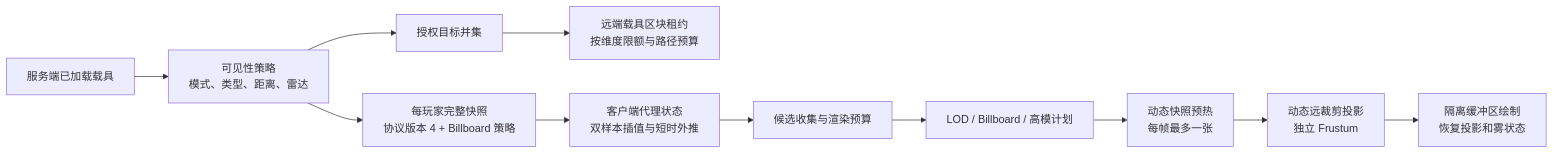
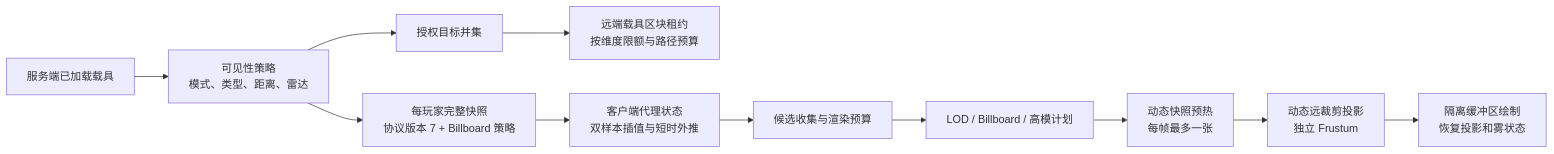
Before and after one commit to TV90/limitless-vehicle-rvp-addon: the diagram in docs/RVP载具渲染/RVP_载具实体超远距离渲染技术文档与调参指南_20260818.md, drawn with Mermaid. The commit also changed other lines of this file and 12 other files, not shown here.

````diff
--- a/docs/RVP载具渲染/RVP_载具实体超远距离渲染技术文档与调参指南_20260818.md
+++ b/docs/RVP载具渲染/RVP_载具实体超远距离渲染技术文档与调参指南_20260818.md
@@ -82,13 +93,13 @@
 ```mermaid
 flowchart LR
     A["服务端已加载载具"] --> B["可见性策略\n模式、类型、距离、雷达"]
-    B --> C["每玩家完整快照\n协议版本 4 + Billboard 策略"]
+    B --> C["每玩家完整快照\n协议版本 7 + Billboard 策略"]
     B --> D["授权目标并集"]
     D --> E["远端载具区块租约\n按维度限额与路径预算"]
     C --> F["客户端代理状态\n双样本插值与短时外推"]
     F --> G["候选收集与渲染预算"]
     G --> H["LOD / Billboard / 高模计划"]
     H --> I["动态快照预热\n每帧最多一张"]
     I --> J["动态远裁剪投影\n独立 Frustum"]
     J --> K["隔离缓冲区绘制\n恢复投影和雾状态"]
 ```
````
